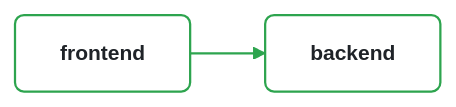
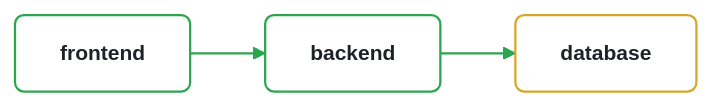
Before and after one commit to nithyatsu/prototype-enhanced: the diagram in README.md, drawn with Mermaid. The commit also changed other lines of this file and 1 other file, not shown here.

Commit message:
docs: update architecture diagram [automated]

````diff
--- a/README.md
+++ b/README.md
@@ -230,13 +17,17 @@
 ```mermaid
 %%{ init: { 'theme': 'base', 'themeVariables': { 'primaryColor': '#ffffff', 'primaryTextColor': '#1f2328', 'primaryBorderColor': '#d1d9e0', 'lineColor': '#2da44e', 'secondaryColor': '#f6f8fa', 'tertiaryColor': '#ffffff', 'background': '#ffffff', 'mainBkg': '#ffffff', 'nodeBorder': '#d1d9e0', 'clusterBkg': '#f6f8fa', 'clusterBorder': '#d1d9e0', 'fontSize': '14px', 'fontFamily': '-apple-system, BlinkMacSystemFont, Segoe UI, Noto Sans, Helvetica, Arial, sans-serif' } } }%%
 graph LR
     classDef container fill:#ffffff,stroke:#2da44e,stroke-width:1.5px,color:#1f2328,rx:6,ry:6
     classDef datastore fill:#ffffff,stroke:#d4a72c,stroke-width:1.5px,color:#1f2328,rx:6,ry:6
     classDef other fill:#ffffff,stroke:#d1d9e0,stroke-width:1.5px,color:#1f2328,rx:6,ry:6
     backend["<b>backend</b>"]:::container
     frontend["<b>frontend</b>"]:::container
+    database["<b>database</b>"]:::datastore
+    backend --> database
     frontend --> backend
-    click backend href "https://github.com/nithyatsu/prototype-enhanced/blob/main/app.bicep#L50" "app.bicep:50" _blank
-    click frontend href "https://github.com/nithyatsu/prototype-enhanced/blob/main/app.bicep#L23" "app.bicep:23" _blank
+    click backend href "https://github.com/nithyatsu/prototype/blob/main/app.bicep#L50" "app.bicep:50" _blank
+    click frontend href "https://github.com/nithyatsu/prototype/blob/main/app.bicep#L23" "app.bicep:23" _blank
+    click database href "https://github.com/nithyatsu/prototype/blob/main/app.bicep#L152" "app.bicep:152" _blank
     linkStyle 0 stroke:#2da44e,stroke-width:1.5px
+    linkStyle 1 stroke:#2da44e,stroke-width:1.5px
 ```
````
